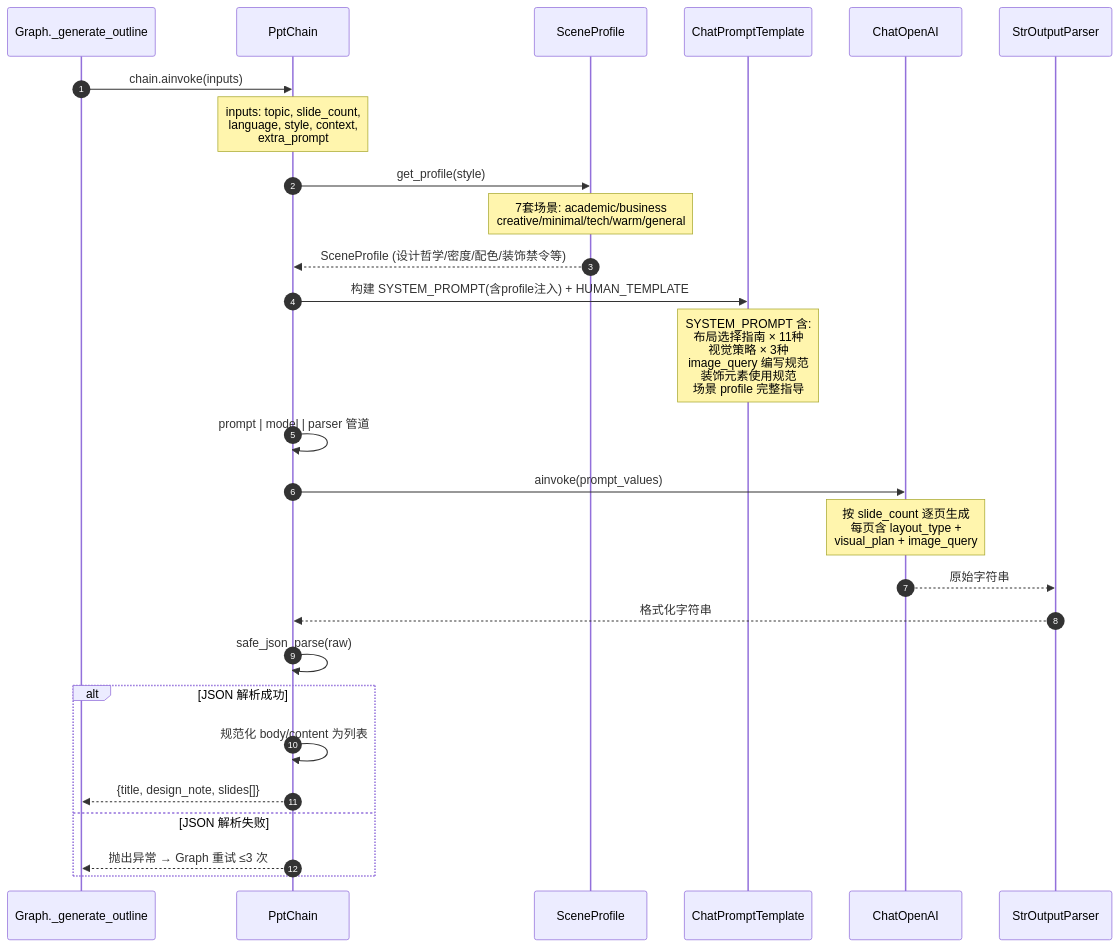
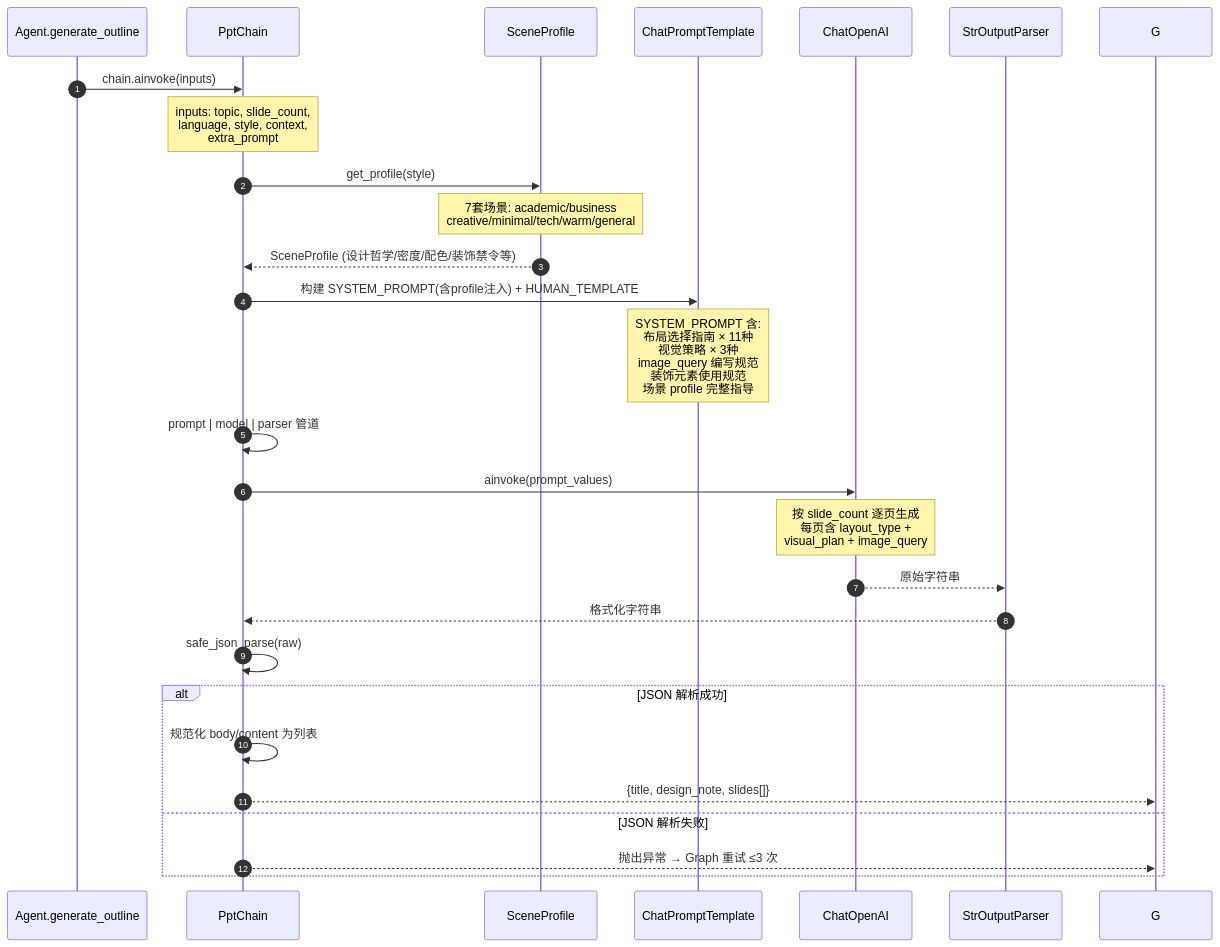
Before and after one commit to ForeverGreenDam/BirdHelp-AI: the first of 3 diagrams in doc/graph/PPT_GENERATION_DESIGN.md, drawn with Mermaid. The commit also changed other lines of this file and 10 other files, not shown here.

````diff
--- a/doc/graph/PPT_GENERATION_DESIGN.md
+++ b/doc/graph/PPT_GENERATION_DESIGN.md
@@ -151,36 +154,36 @@
 ```mermaid
 sequenceDiagram
     autonumber
-    participant G as Graph._generate_outline
+    participant A as Agent.generate_outline
     participant PC as PptChain
     participant PF as SceneProfile
     participant PT as ChatPromptTemplate
     participant LLM as ChatOpenAI
     participant P as StrOutputParser
 
-    G->>PC: chain.ainvoke(inputs)
+    A->>PC: chain.ainvoke(inputs)
     Note over PC: inputs: topic, slide_count,<br/>language, style, context,<br/>extra_prompt
 
     PC->>PF: get_profile(style)
     Note over PF: 7套场景: academic/business<br/>creative/minimal/tech/warm/general
     PF-->>PC: SceneProfile (设计哲学/密度/配色/装饰禁令等)
 
     PC->>PT: 构建 SYSTEM_PROMPT(含profile注入) + HUMAN_TEMPLATE
     Note over PT: SYSTEM_PROMPT 含:<br/>布局选择指南 × 11种<br/>视觉策略 × 3种<br/>image_query 编写规范<br/>装饰元素使用规范<br/>场景 profile 完整指导
 
     PC->>PC: prompt | model | parser 管道
 
     PC->>LLM: ainvoke(prompt_values)
     Note over LLM: 按 slide_count 逐页生成<br/>每页含 layout_type +<br/>visual_plan + image_query
 
     LLM-->>P: 原始字符串
     P-->>PC: 格式化字符串
 
     PC->>PC: safe_json_parse(raw)
     alt JSON 解析成功
         PC->>PC: 规范化 body/content 为列表
         PC-->>G: {title, design_note, slides[]}
     else JSON 解析失败
         PC-->>G: 抛出异常 → Graph 重试 ≤3 次
     end
 ```
````
